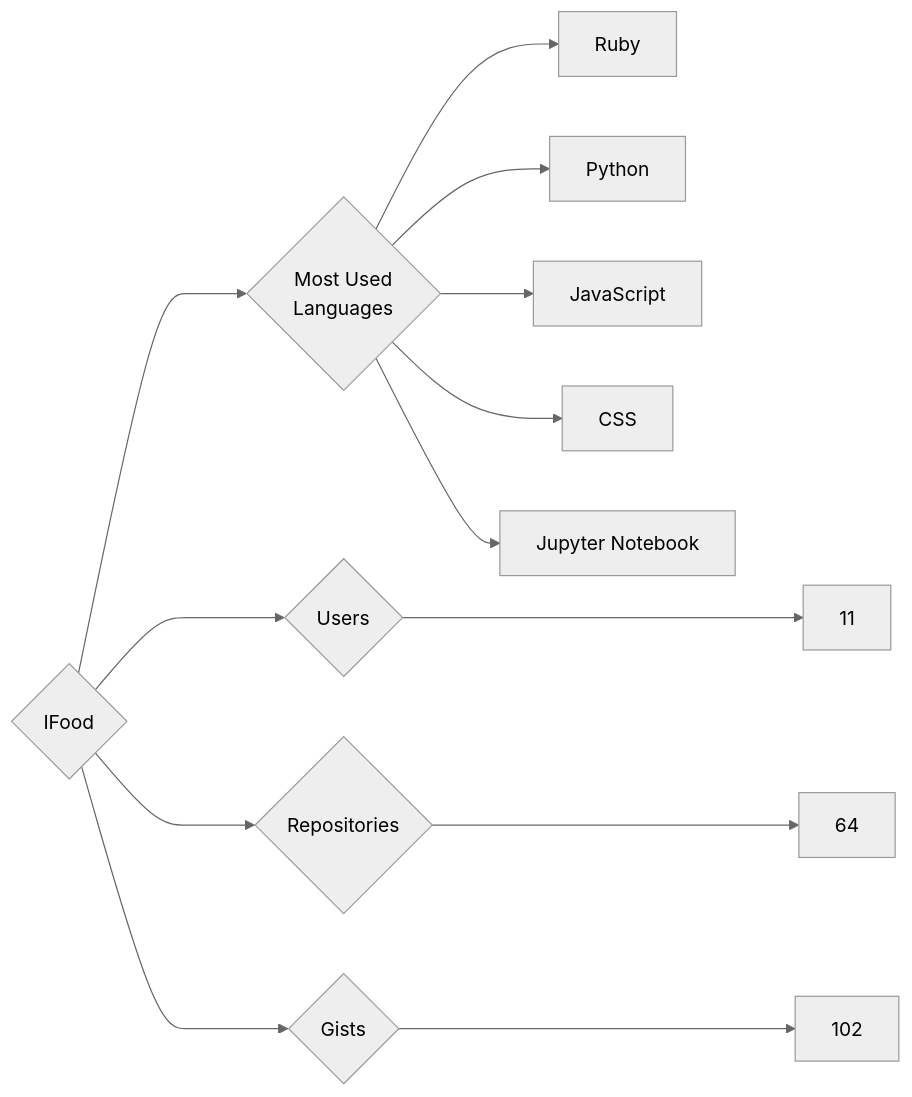
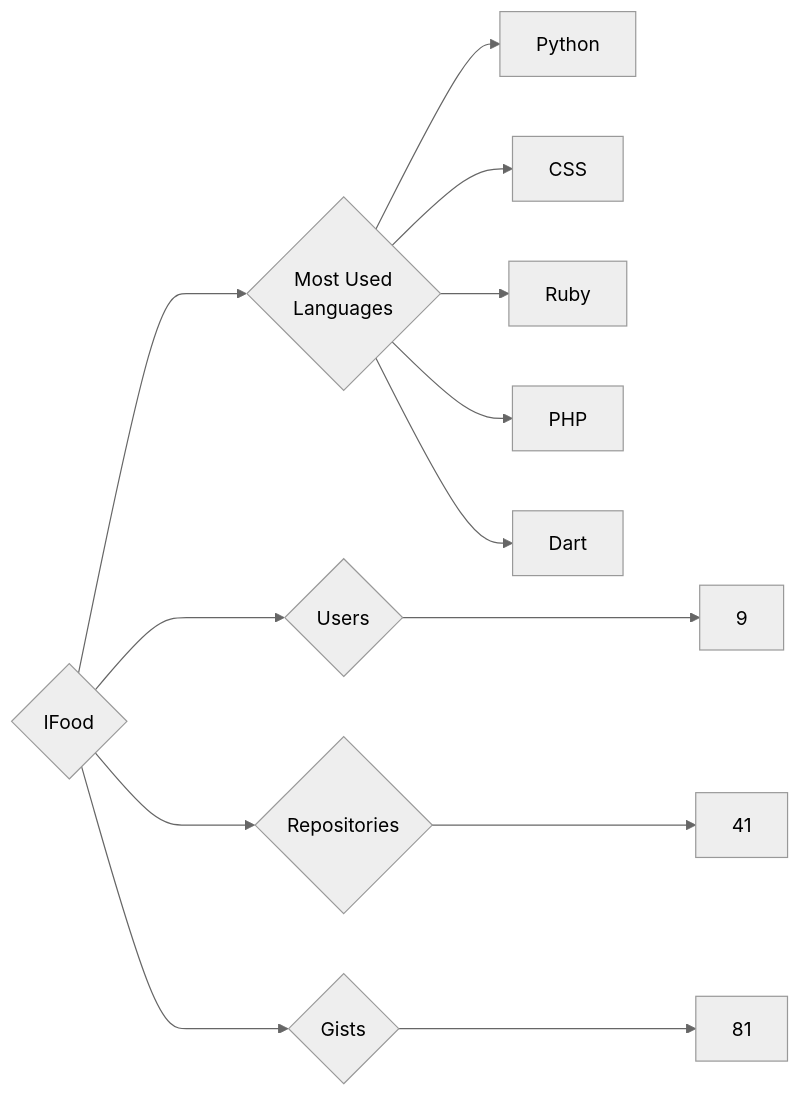
One commit to trickest/insiders changed the diagram in targets/IFood/README.md. Above: the diagram before and after it, drawn with Mermaid (neutral theme). The commit also changed 997 other files, not shown here.

````diff
--- a/targets/IFood/README.md
+++ b/targets/IFood/README.md
@@ -3,13 +3,13 @@
 ```mermaid
 graph LR
 COMPANY_NAME{IFood}
-COMPANY_NAME ---> U{Users} ---> UN[11]
-COMPANY_NAME ---> R{Repositories} ---> RN[64]
-COMPANY_NAME ---> G{Gists} ---> GN[102]
+COMPANY_NAME ---> U{Users} ---> UN[9]
+COMPANY_NAME ---> R{Repositories} ---> RN[41]
+COMPANY_NAME ---> G{Gists} ---> GN[81]
 COMPANY_NAME ---> ML{Most Used<br>Languages}
+ML --> Python[Python]
+ML --> CSS[CSS]
 ML --> Ruby[Ruby]
-ML --> Python[Python]
-ML --> JavaScript[JavaScript]
-ML --> CSS[CSS]
-ML --> Jupyter_Notebook[Jupyter Notebook]
+ML --> PHP[PHP]
+ML --> Dart[Dart]
 ```
````
